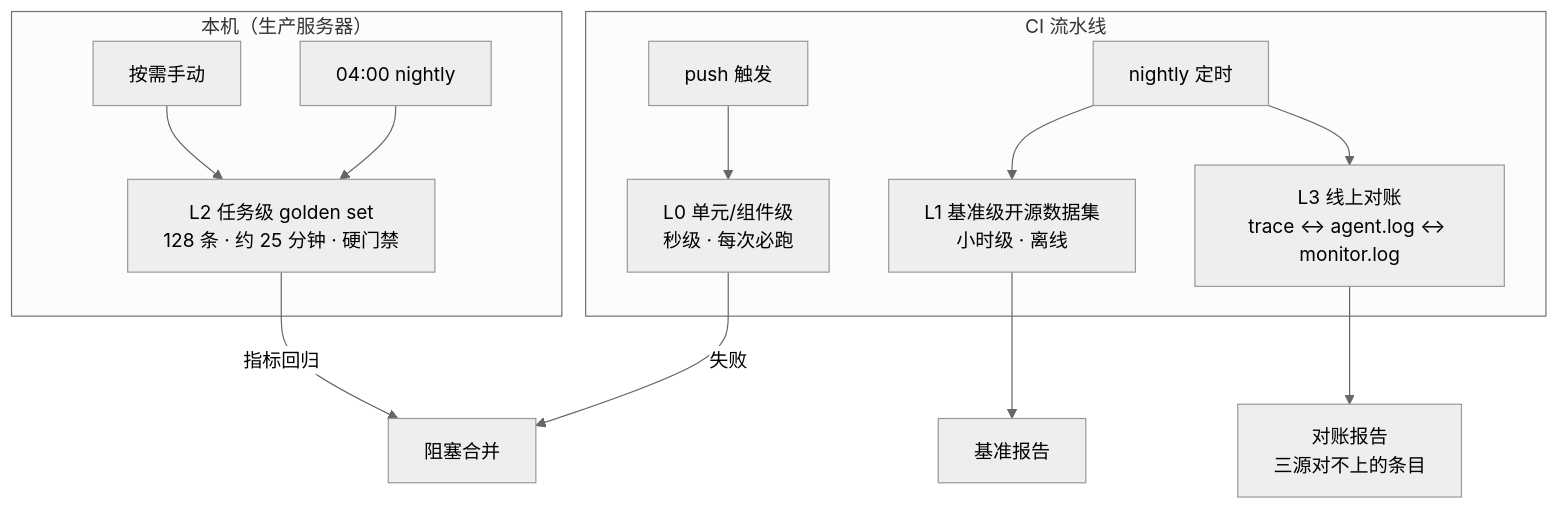
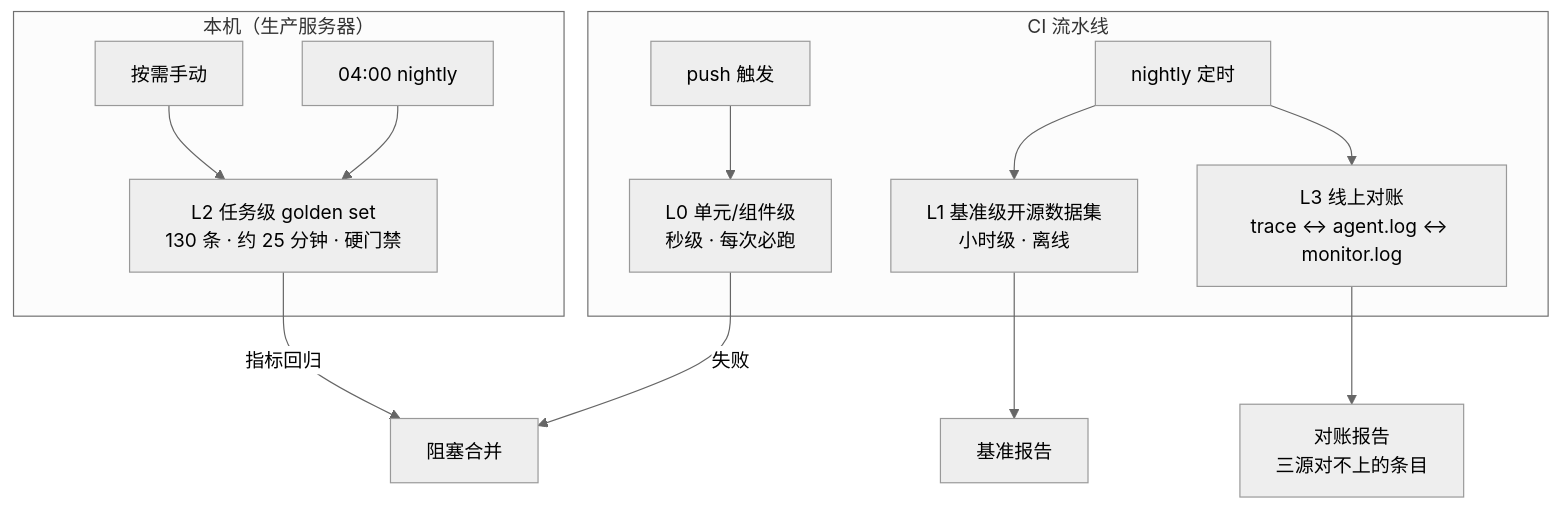
One commit to BigLeopardCat/saudade-blog-agent changed the first of 2 diagrams in docs/eval-observability.md. Above: the diagram before and after it, drawn with Mermaid (neutral theme). The commit also changed other lines of this file and 4 other files, not shown here.

````diff
--- a/docs/eval-observability.md
+++ b/docs/eval-observability.md
@@ -138,16 +151,16 @@
 ```mermaid
 flowchart TB
     subgraph CI[CI 流水线]
         P0[push 触发] --> L0[L0 单元/组件级<br/>秒级 · 每次必跑]
         N[nightly 定时] --> L1[L1 基准级开源数据集<br/>小时级 · 离线]
         N --> L3[L3 线上对账<br/>trace ↔ agent.log ↔ monitor.log]
     end
     subgraph LOCAL[本机（生产服务器）]
-        P1[按需手动] --> L2[L2 任务级 golden set<br/>128 条 · 约 25 分钟 · 硬门禁]
+        P1[按需手动] --> L2[L2 任务级 golden set<br/>130 条 · 约 25 分钟 · 硬门禁]
         N2[04:00 nightly] --> L2
     end
     L0 -->|失败| BLOCK[阻塞合并]
     L2 -->|指标回归| BLOCK
     L1 --> R1[基准报告]
     L3 --> R2[对账报告<br/>三源对不上的条目]
 ```
````
